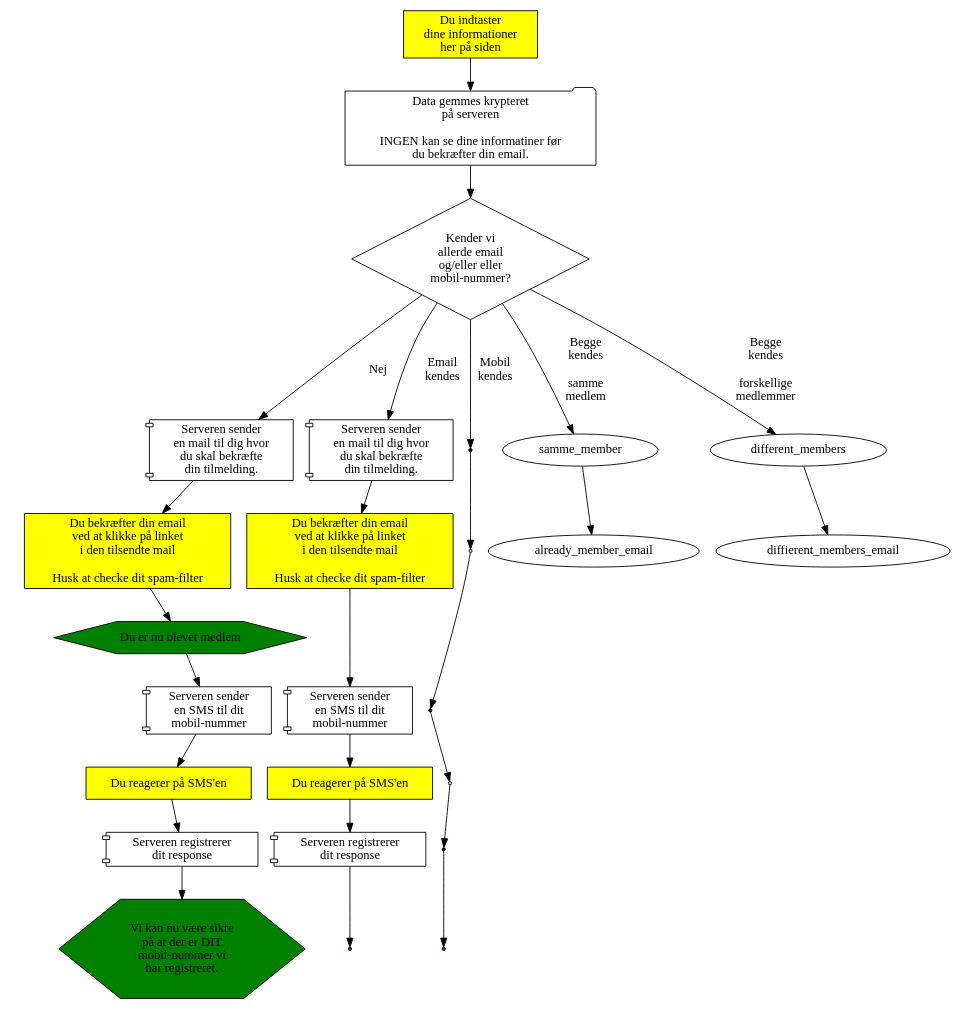
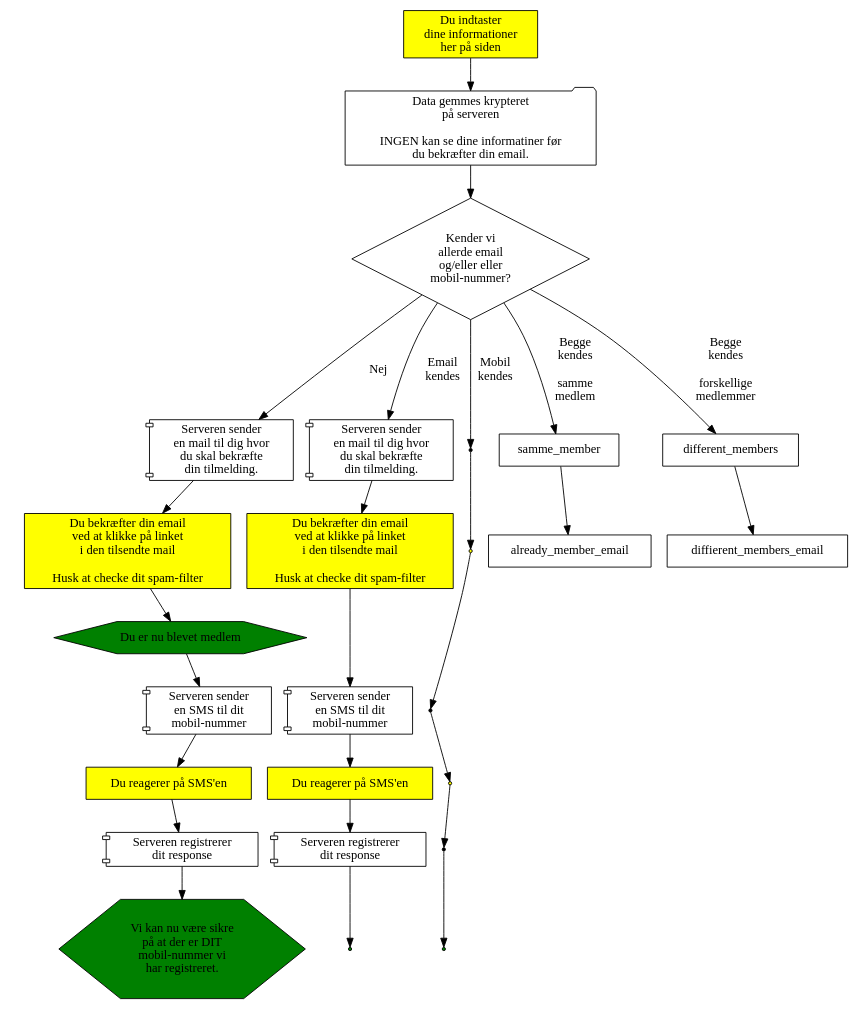
Before and after one commit to alslug/alslug.dk: the diagram in medlemskab/indmeldelse.dot, drawn with Graphviz.

```diff
--- a/medlemskab/indmeldelse.dot
+++ b/medlemskab/indmeldelse.dot
@@ -1,71 +1,72 @@
 digraph indmeldelse {
   { # Dine handlinger
     node [ shape=box style=filled fillcolor=yellow ];
     indtast                [label="Du indtaster\ndine informationer\nher på siden"];
     subgraph cluster_server_sender_email {
       style=invis;
       node                 [label="Du bekræfter din email\nved at klikke på linket\ni den tilsendte mail\n\nHusk at checke dit spam-filter"];
       confirm_email_nyt_medlem;
       confirm_email_email_known;
       confirm_email_mobil_known [shape=point];
     }
     subgraph cluster_server_sender_sms {
       style=invis;
       node                 [label="Du reagerer på SMS'en"];
       confirm_sms_nyt_medlem;
       confirm_sms_email_known;
       confirm_sms_mobil_known [shape=point];
     }
   }
   send_tilmelding        [shape=folder label="Data gemmes krypteret \n på serveren \n \n INGEN kan se dine informatiner før \n du bekræfter din email."];
   { # Server-aktiviteter
     node [shape=component];
     subgraph cluster_server_sender_email {
       style=invis;
       node                 [label="Serveren sender \n en mail til dig hvor \n du skal bekræfte \n din tilmelding."];
       server_sender_emai_nyt_medlem;
       server_sender_email_email_known;
       server_sender_email_mobil_known [shape=point];
     }
     subgraph cluster_server_sender_sms {
       style=invis;
       node                 [label="Serveren sender \n en SMS til dit \n mobil-nummer"];
       server_sender_sms_nyt_medlem;
       server_sender_sms_email_known;
       server_sender_sms_mobil_known [shape=point];
     }
     subgraph cluster_sms_confirmed {
       style=invis;
       node                 [label="Serveren registrerer \n dit response"];
       sms_confirmed_nyt_medlem;
       sms_confirmed_email_known;
       sms_confirmed_mobil_known [shape=point];
     }
   }
   { # Results
     node [shape=hexagon   style=filled fillcolor=green ];
     du_biver_medlem        [label="Du er nu blevet medlem"];
     mobile_ok              [label="Vi kan nu være sikre \n på at der er DIT \n mobil-nummer vi \n har registreret."]; 
     email_added            [label="Den nye \n ekstra email er \n registreret." shape=point];
     mobil_added            [label="Dit nye \n mobil-nummer er \n registreret." shape=point]; 
   }
   { # Valg
     node [shape=diamond];
     findes_allerede        [label="Kender vi \n allerde email \n og/eller eller \n mobil-nummer?"];
   }
 
+  node [shape=invis];
   indtast -> send_tilmelding -> findes_allerede;
                                 findes_allerede -> server_sender_emai_nyt_medlem   [label="Nej"];
                                                    server_sender_emai_nyt_medlem -> confirm_email_nyt_medlem -> du_biver_medlem ->
                                                    server_sender_sms_nyt_medlem  -> confirm_sms_nyt_medlem   -> sms_confirmed_nyt_medlem -> mobile_ok;
                                 findes_allerede -> server_sender_email_email_known [label="Email \n kendes"];
                                                    server_sender_email_email_known -> confirm_email_email_known  ->
                                                    server_sender_sms_email_known   -> confirm_sms_email_known    -> sms_confirmed_email_known -> mobil_added;
                                 findes_allerede -> server_sender_email_mobil_known [label="Mobil \n kendes"];
                                                    server_sender_email_mobil_known -> confirm_email_mobil_known  ->
                                                    server_sender_sms_mobil_known   -> confirm_sms_mobil_known    -> sms_confirmed_mobil_known -> email_added;
                                 findes_allerede-> samme_member                     [label="Begge \n kendes \n\n samme \n medlem"];
                                                   samme_member      -> already_member_email;
                                 findes_allerede-> different_members                [label="Begge \n kendes \n\n forskellige \n medlemmer"];
                                                   different_members -> diffierent_members_email;
 }
```
